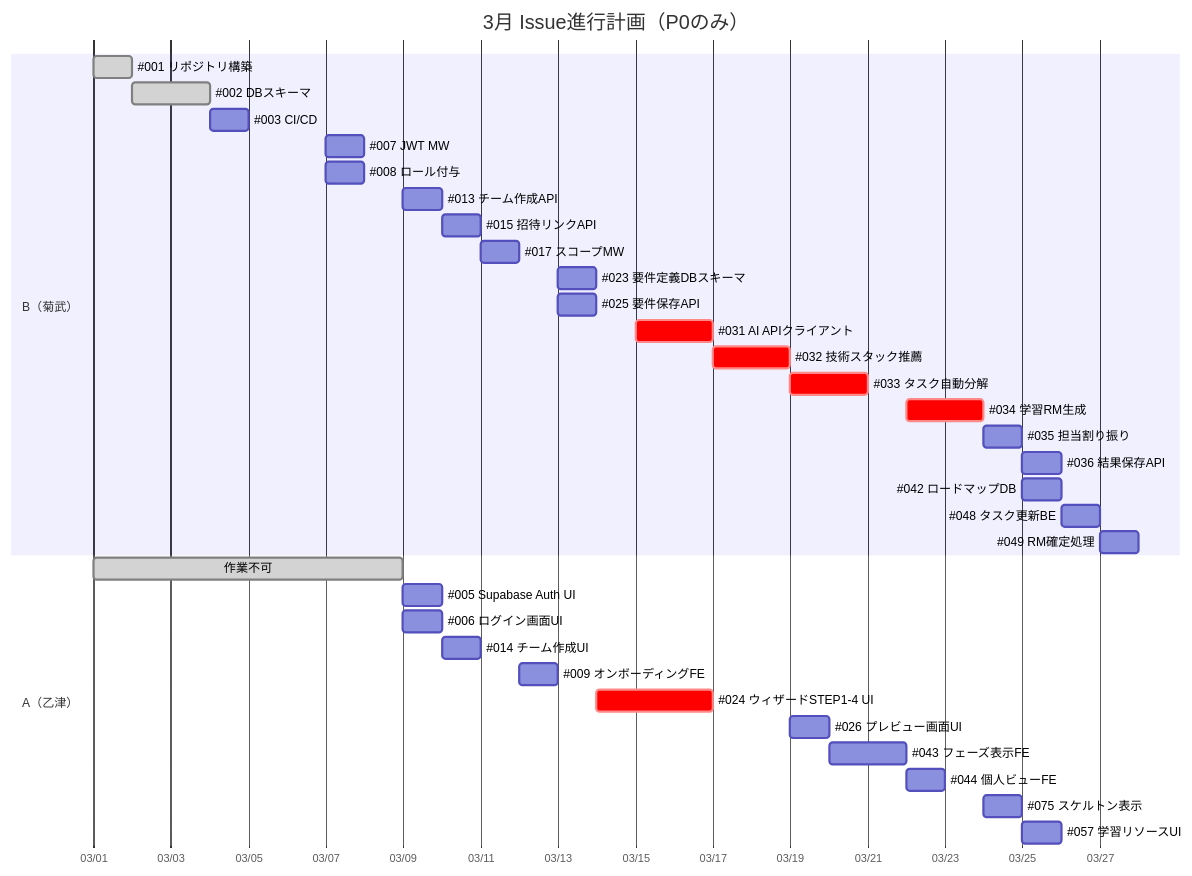
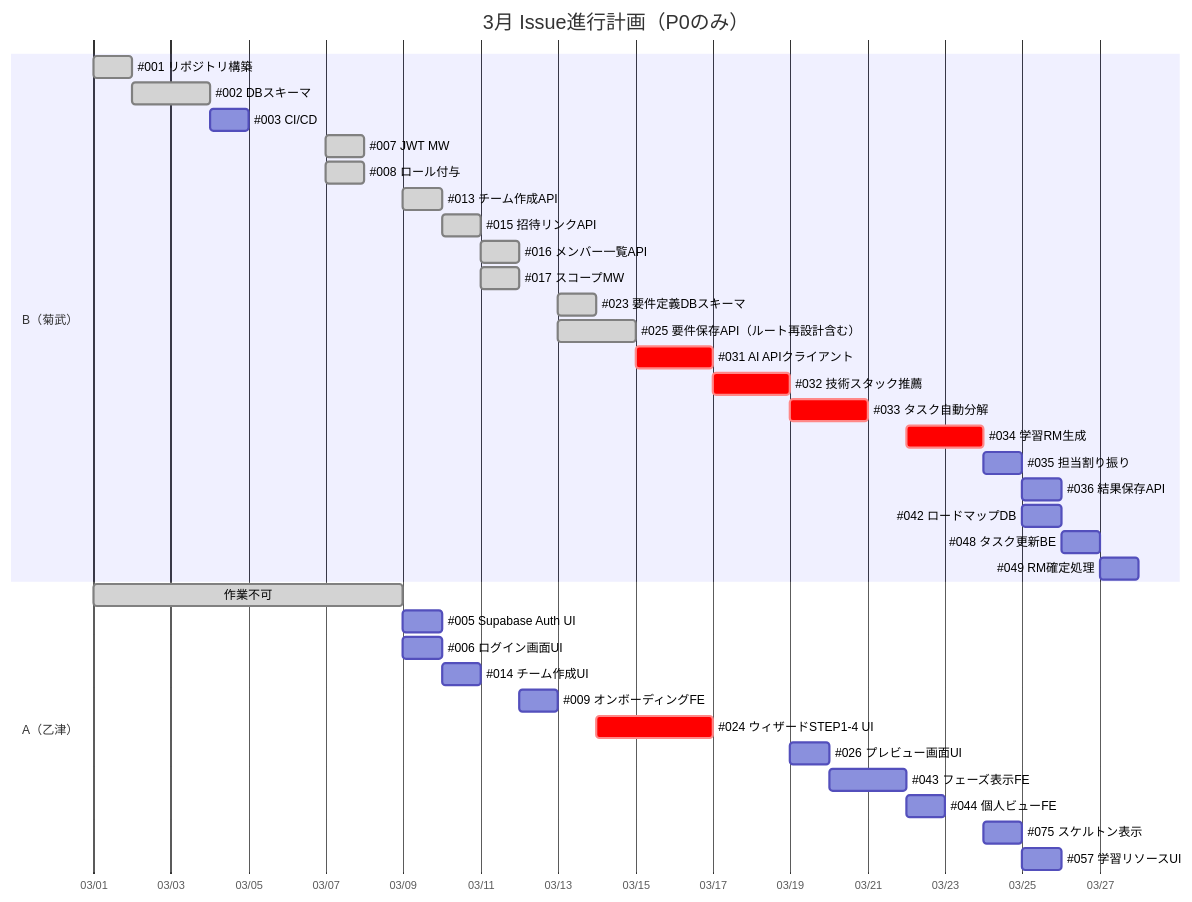
One commit to Piapuro/roadmap_api changed the third of 4 diagrams in documents/issue-assignment.md. Above: the diagram before and after it, drawn with Mermaid. The commit also changed other lines of this file and 1 other file, not shown here.

````diff
--- a/documents/issue-assignment.md
+++ b/documents/issue-assignment.md
@@ -151,40 +151,41 @@
 ```mermaid
 gantt
     title 3月 Issue進行計画（P0のみ）
     dateFormat MM-DD
     axisFormat %m/%d
 
     section B（菊武）
     #001 リポジトリ構築          :done,     b001, 03-01, 1d
     #002 DBスキーマ              :done,     b002, 03-02, 2d
     #003 CI/CD                   :          b003, 03-04, 1d
-    #007 JWT MW                  :          b007, 03-07, 1d
-    #008 ロール付与              :          b008, 03-07, 1d
-    #013 チーム作成API           :          b013, 03-09, 1d
-    #015 招待リンクAPI           :          b015, 03-10, 1d
-    #017 スコープMW              :          b017, 03-11, 1d
-    #023 要件定義DBスキーマ      :          b023, 03-13, 1d
-    #025 要件保存API             :          b025, 03-13, 1d
+    #007 JWT MW                  :done,     b007, 03-07, 1d
+    #008 ロール付与              :done,     b008, 03-07, 1d
+    #013 チーム作成API           :done,     b013, 03-09, 1d
+    #015 招待リンクAPI           :done,     b015, 03-10, 1d
+    #016 メンバー一覧API         :done,     b016, 03-11, 1d
+    #017 スコープMW              :done,     b017, 03-11, 1d
+    #023 要件定義DBスキーマ      :done,     b023, 03-13, 1d
+    #025 要件保存API（ルート再設計含む）:done, b025, 03-13, 2d
     #031 AI APIクライアント      :crit,     b031, 03-15, 2d
     #032 技術スタック推薦        :crit,     b032, 03-17, 2d
     #033 タスク自動分解          :crit,     b033, 03-19, 2d
     #034 学習RM生成              :crit,     b034, 03-22, 2d
     #035 担当割り振り            :          b035, 03-24, 1d
     #036 結果保存API             :          b036, 03-25, 1d
     #042 ロードマップDB          :          b042, 03-25, 1d
     #048 タスク更新BE            :          b048, 03-26, 1d
     #049 RM確定処理              :          b049, 03-27, 1d
 
     section A（乙津）
     作業不可                     :done,     a_off, 03-01, 8d
     #005 Supabase Auth UI        :          a005, 03-09, 1d
     #006 ログイン画面UI          :          a006, 03-09, 1d
     #014 チーム作成UI            :          a014, 03-10, 1d
     #009 オンボーディングFE      :          a009, 03-12, 1d
     #024 ウィザードSTEP1-4 UI    :crit,     a024, 03-14, 3d
     #026 プレビュー画面UI        :          a026, 03-19, 1d
     #043 フェーズ表示FE          :          a043, 03-20, 2d
     #044 個人ビューFE            :          a044, 03-22, 1d
     #075 スケルトン表示          :          a075, 03-24, 1d
     #057 学習リソースUI          :          a057, 03-25, 1d
 ```
````
